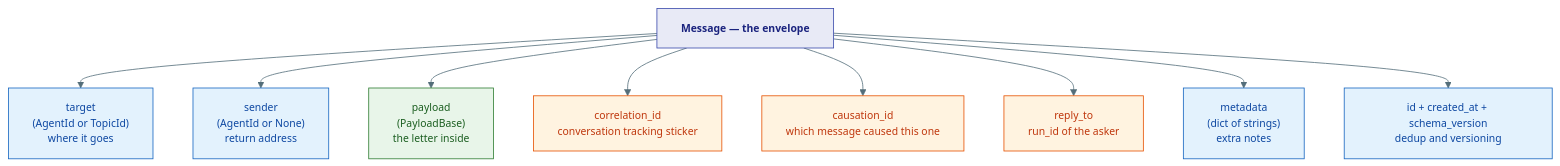
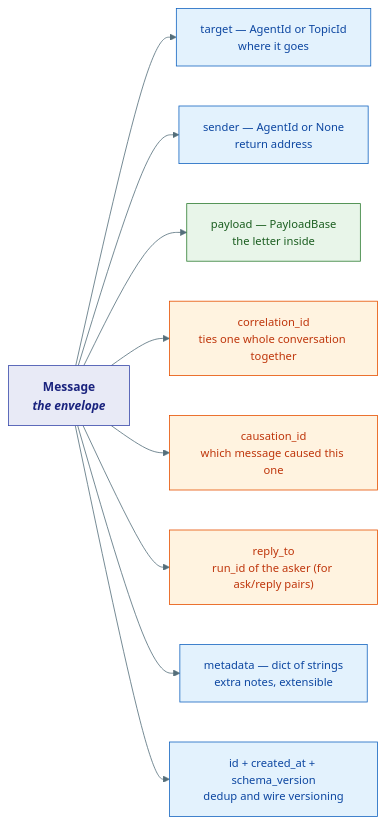
The first of 3 diagrams in agents/agent-substrate/docs/kernel/03-messaging.md (Ravikumarchavva/agent-substrate), drawn with Mermaid before and after one commit. The commit also changed 13 other files, not shown here.

Commit message:
style: enhance diagram aesthetics with color coding and improve Mermaid integration

````diff
--- a/agents/agent-substrate/docs/kernel/03-messaging.md
+++ b/agents/agent-substrate/docs/kernel/03-messaging.md
@@ -22,19 +22,19 @@
 ```mermaid
-%%{init: {'theme': 'base', 'themeVariables': {'primaryColor': '#E8EAF6','primaryTextColor': '#1A237E','primaryBorderColor': '#3949AB','lineColor': '#546E7A','fontSize': '13px'}}}%%
-flowchart TB
-    classDef agent   fill:#E8EAF6,stroke:#3949AB,color:#1A237E,font-weight:bold
-    classDef runtime fill:#E3F2FD,stroke:#1565C0,color:#0D47A1
-    classDef tool    fill:#E8F5E9,stroke:#2E7D32,color:#1B5E20
-    classDef external fill:#FFF3E0,stroke:#E65100,color:#BF360C
+%%{init: {'theme': 'base', 'themeVariables': {'primaryColor': '#E8EAF6','primaryTextColor': '#1A237E','primaryBorderColor': '#3949AB','lineColor': '#546E7A','fontSize': '14px'}}}%%
+flowchart LR
+    classDef agent    fill:#E8EAF6,stroke:#3949AB,color:#1A237E,font-weight:bold,font-size:15px
+    classDef routing  fill:#E3F2FD,stroke:#1565C0,color:#0D47A1
+    classDef payload  fill:#E8F5E9,stroke:#2E7D32,color:#1B5E20
+    classDef tracking fill:#FFF3E0,stroke:#E65100,color:#BF360C
 
-    MSG["Message — the envelope"]:::agent
+    MSG["Message<br/><i>the envelope</i>"]:::agent
 
-    MSG --> T["target<br/>(AgentId or TopicId)<br/>where it goes"]:::runtime
-    MSG --> S["sender<br/>(AgentId or None)<br/>return address"]:::runtime
-    MSG --> P["payload<br/>(PayloadBase)<br/>the letter inside"]:::tool
-    MSG --> C["correlation_id<br/>conversation tracking sticker"]:::external
-    MSG --> CA["causation_id<br/>which message caused this one"]:::external
-    MSG --> R["reply_to<br/>run_id of the asker"]:::external
-    MSG --> M["metadata<br/>(dict of strings)<br/>extra notes"]:::runtime
-    MSG --> ID["id + created_at + schema_version<br/>dedup and versioning"]:::runtime
+    MSG --> T["target — AgentId or TopicId<br/>where it goes"]:::routing
+    MSG --> S["sender — AgentId or None<br/>return address"]:::routing
+    MSG --> P["payload — PayloadBase<br/>the letter inside"]:::payload
+    MSG --> C["correlation_id<br/>ties one whole conversation together"]:::tracking
+    MSG --> CA["causation_id<br/>which message caused this one"]:::tracking
+    MSG --> R["reply_to<br/>run_id of the asker (for ask/reply pairs)"]:::tracking
+    MSG --> M["metadata — dict of strings<br/>extra notes, extensible"]:::routing
+    MSG --> ID["id + created_at + schema_version<br/>dedup and wire versioning"]:::routing
 ```
````
